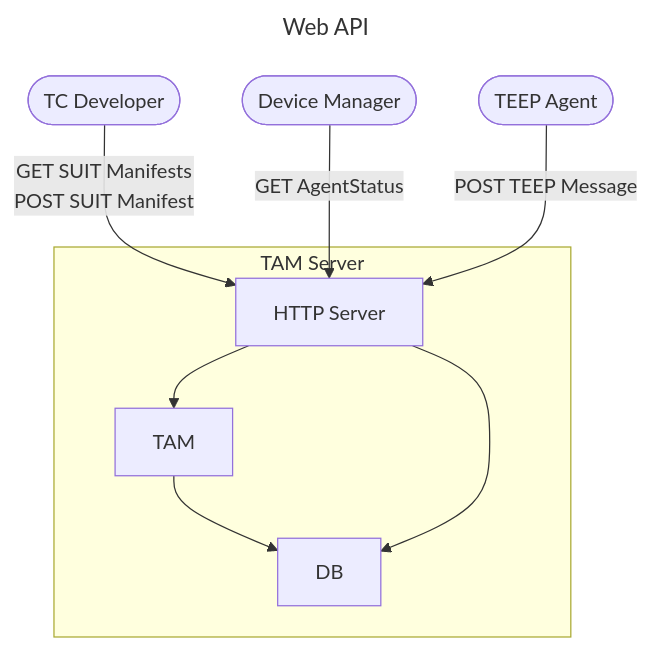
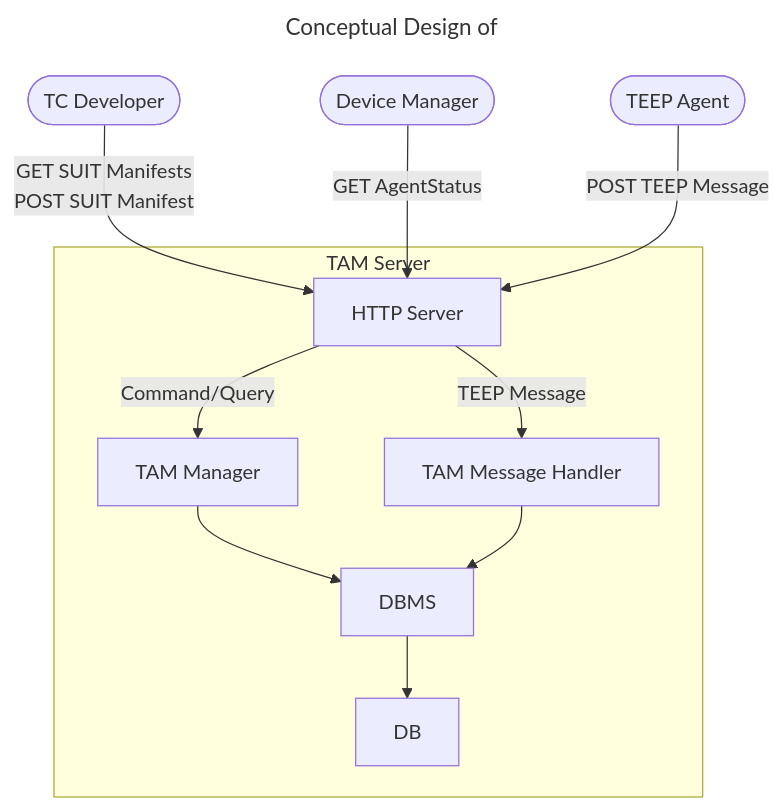
One commit to kentakayama/tam-over-http changed the diagram in doc/EXTERNAL_DESIGN.md. Above: the diagram before and after it, drawn with Mermaid.

Commit message:
Update external design documentation for TAM

````diff
--- a/doc/EXTERNAL_DESIGN.md
+++ b/doc/EXTERNAL_DESIGN.md
@@ -3,22 +3,25 @@
 ```mermaid
 ---
-title: Web API
+title: Conceptual Design of 
 ---
 
 flowchart TB
 
 TCDeveloper([TC Developer]) -- GET SUIT Manifests<br/>POST SUIT Manifest --> HTTPServer
 DeviceManager([Device Manager]) -- GET AgentStatus --> HTTPServer
 TEEPAgent([TEEP Agent]) -- POST TEEP Message --> HTTPServer
 
 subgraph TAM Server
     HTTPServer[HTTP Server]
-    TAMoverHTTP[TAM]
-    DBMS[DB]
+    TAMManager[TAM Manager]
+    TAMoverHTTP[TAM Message Handler]
+    DBMS[DBMS]
 
-    HTTPServer --> TAMoverHTTP
+    HTTPServer -- TEEP Message --> TAMoverHTTP
+    HTTPServer -- Command/Query --> TAMManager
+    TAMManager --> DBMS    
     TAMoverHTTP --> DBMS
-    HTTPServer --> DBMS
+    DBMS --> DB
 end
 
 ```
````
